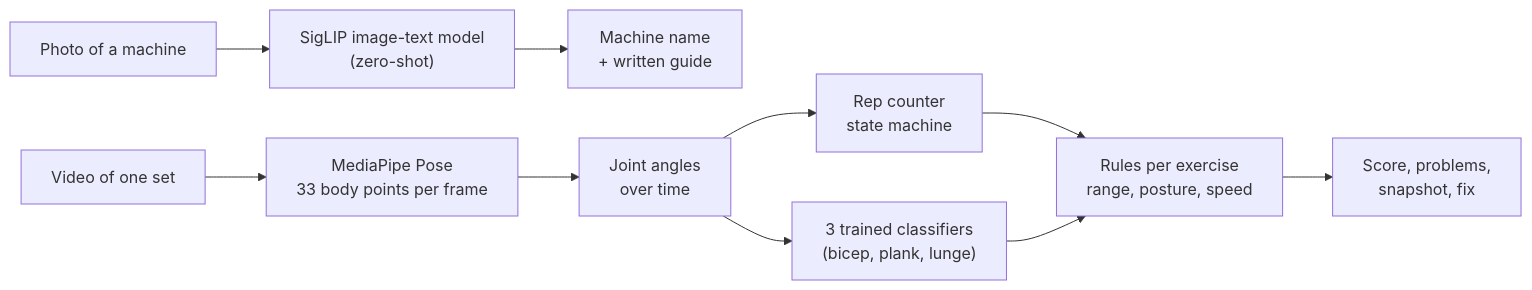
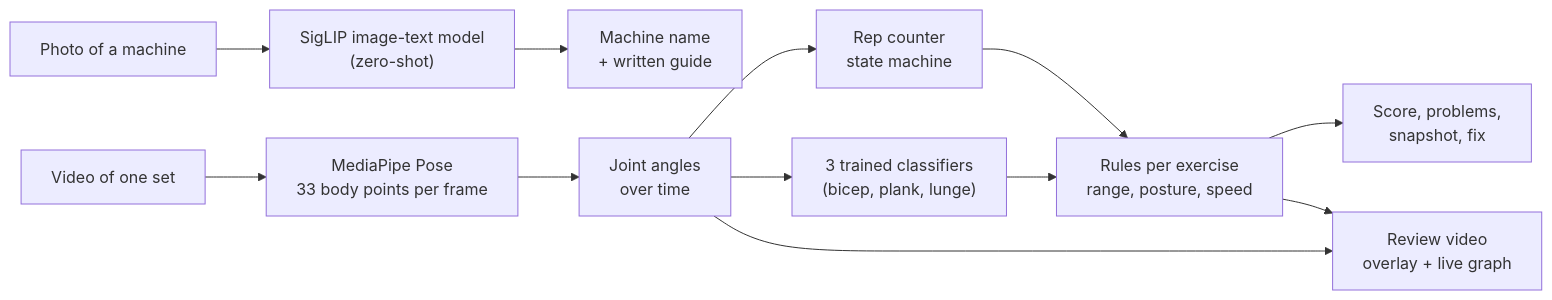
Before and after one commit to Premuthung/Gym_form_coach-: the diagram in README.md, drawn with Mermaid. The commit also changed other lines of this file, not shown here.

Commit message:
README: add a latest-updates section and describe the review video

````diff
--- a/README.md
+++ b/README.md
@@ -34,12 +47,14 @@
 ```mermaid
 flowchart LR
     P[Photo of a machine] --> S["SigLIP image-text model<br/>(zero-shot)"]
     S --> G[Machine name<br/>+ written guide]
     V[Video of one set] --> M["MediaPipe Pose<br/>33 body points per frame"]
     M --> A[Joint angles<br/>over time]
     A --> R[Rep counter<br/>state machine]
     R --> C[Rules per exercise<br/>range, posture, speed]
     A --> K["3 trained classifiers<br/>(bicep, plank, lunge)"]
     K --> C
     C --> O[Score, problems,<br/>snapshot, fix]
+    A --> RV["Review video<br/>overlay + live graph"]
+    C --> RV
 ```
````
